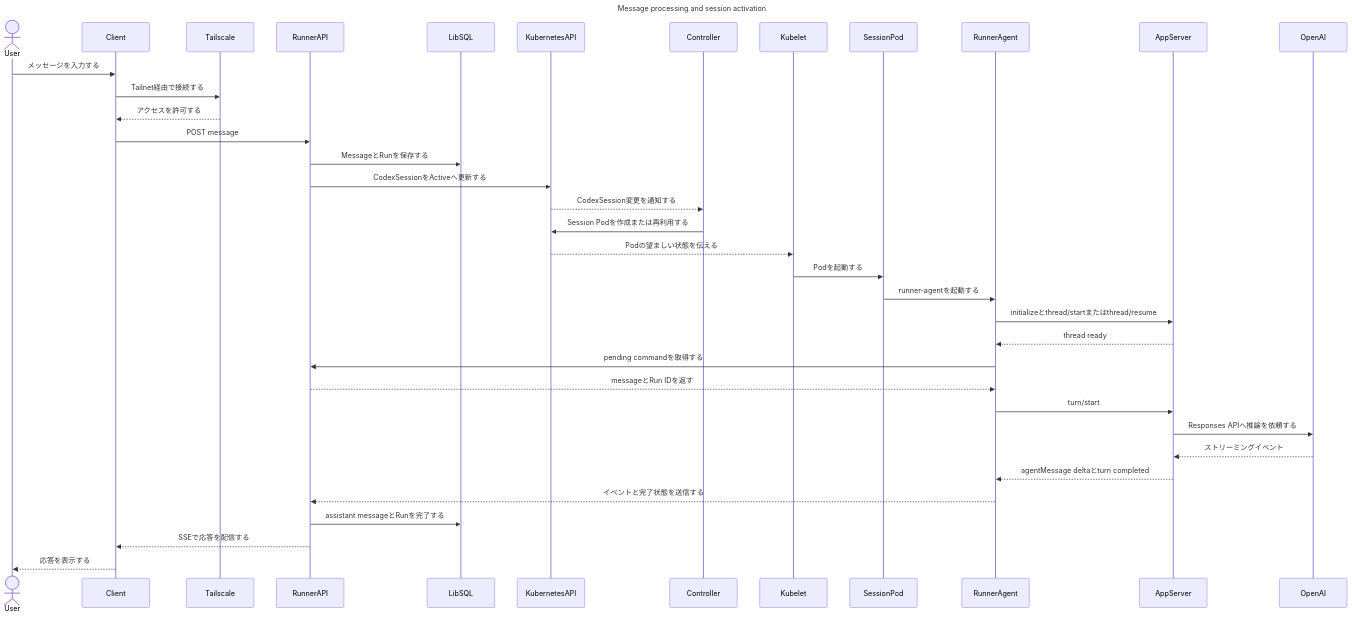
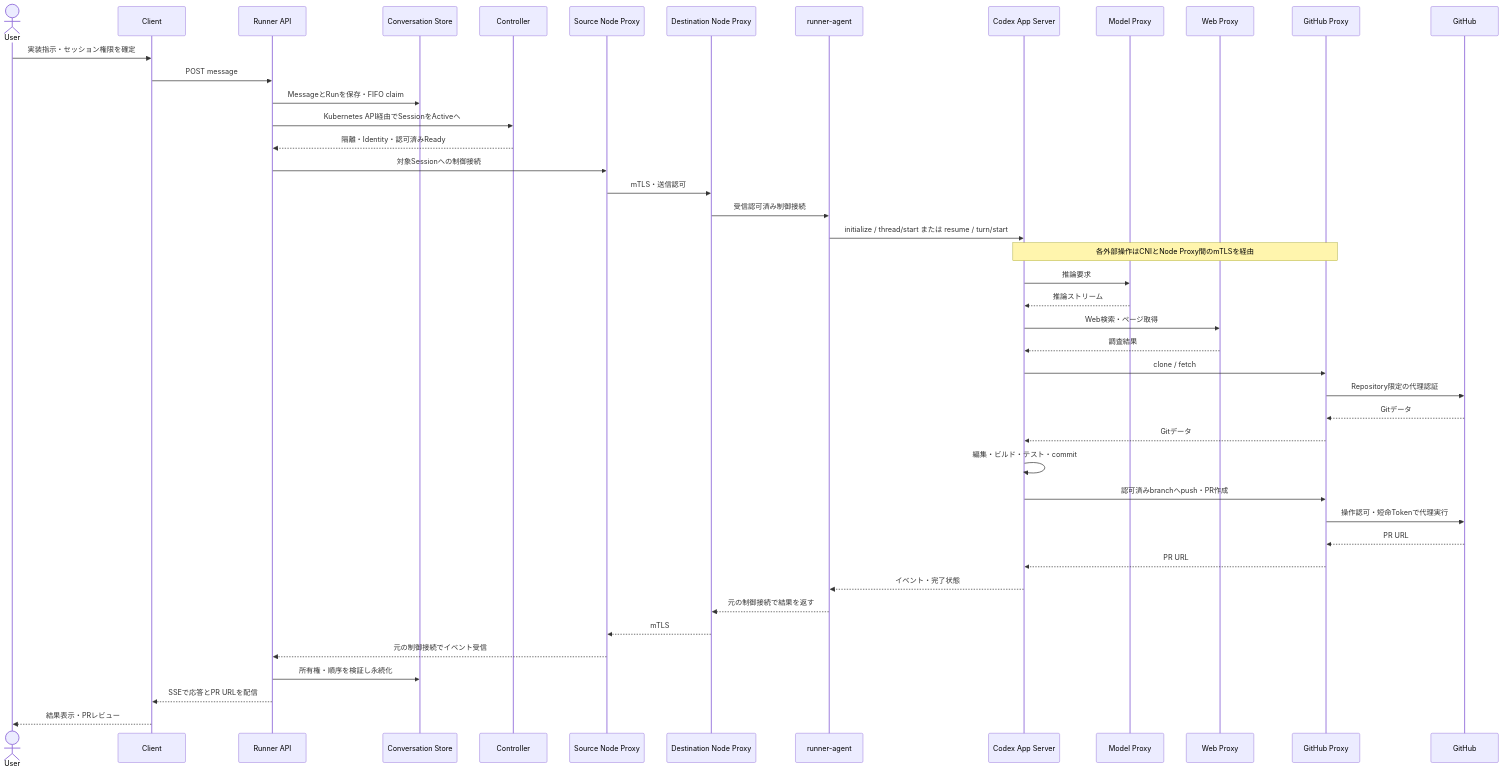
One commit to kimata1007/codex-runner-controller changed the ninth of 10 diagrams in docs/diagrams.md. Above: the diagram before and after it, drawn with Mermaid. The commit also changed other lines of this file, not shown here.

Commit message:
Replace architecture diagrams with zero-trust C4 and deployment views

````diff
--- a/docs/diagrams.md
+++ b/docs/diagrams.md
@@ -163,39 +329,46 @@
 ```mermaid
 sequenceDiagram
-    title Message processing and session activation
     actor User
     participant Client
-    participant Tailscale
-    participant RunnerAPI
-    participant LibSQL
-    participant KubernetesAPI
+    participant API as Runner API
+    participant DB as Conversation Store
     participant Controller
-    participant Kubelet
-    participant SessionPod
-    participant RunnerAgent
-    participant AppServer
-    participant OpenAI
-    User->>Client: メッセージを入力する
-    Client->>Tailscale: Tailnet経由で接続する
-    Tailscale-->>Client: アクセスを許可する
-    Client->>RunnerAPI: POST message
-    RunnerAPI->>LibSQL: MessageとRunを保存する
-    RunnerAPI->>KubernetesAPI: CodexSessionをActiveへ更新する
-    KubernetesAPI-->>Controller: CodexSession変更を通知する
-    Controller->>KubernetesAPI: Session Podを作成または再利用する
-    KubernetesAPI-->>Kubelet: Podの望ましい状態を伝える
-    Kubelet->>SessionPod: Podを起動する
-    SessionPod->>RunnerAgent: runner-agentを起動する
-    RunnerAgent->>AppServer: initializeとthread/startまたはthread/resume
-    AppServer-->>RunnerAgent: thread ready
-    RunnerAgent->>RunnerAPI: pending commandを取得する
-    RunnerAPI-->>RunnerAgent: messageとRun IDを返す
-    RunnerAgent->>AppServer: turn/start
-    AppServer->>OpenAI: Responses APIへ推論を依頼する
-    OpenAI-->>AppServer: ストリーミングイベント
-    AppServer-->>RunnerAgent: agentMessage deltaとturn completed
-    RunnerAgent-->>RunnerAPI: イベントと完了状態を送信する
-    RunnerAPI->>LibSQL: assistant messageとRunを完了する
-    RunnerAPI-->>Client: SSEで応答を配信する
-    Client-->>User: 応答を表示する
+    participant NP1 as Source Node Proxy
+    participant NP2 as Destination Node Proxy
+    participant Agent as runner-agent
+    participant Codex as Codex App Server
+    participant Model as Model Proxy
+    participant Web as Web Proxy
+    participant Git as GitHub Proxy
+    participant GitHub
+    User->>Client: 実装指示・セッション権限を確定
+    Client->>API: POST message
+    API->>DB: MessageとRunを保存・FIFO claim
+    API->>Controller: Kubernetes API経由でSessionをActiveへ
+    Controller-->>API: 隔離・Identity・認可済みReady
+    API->>NP1: 対象Sessionへの制御接続
+    NP1->>NP2: mTLS・送信認可
+    NP2->>Agent: 受信認可済み制御接続
+    Agent->>Codex: initialize / thread/start または resume / turn/start
+    Note over Codex,Git: 各外部操作はCNIとNode Proxy間のmTLSを経由
+    Codex->>Model: 推論要求
+    Model-->>Codex: 推論ストリーム
+    Codex->>Web: Web検索・ページ取得
+    Web-->>Codex: 調査結果
+    Codex->>Git: clone / fetch
+    Git->>GitHub: Repository限定の代理認証
+    GitHub-->>Git: Gitデータ
+    Git-->>Codex: Gitデータ
+    Codex->>Codex: 編集・ビルド・テスト・commit
+    Codex->>Git: 認可済みbranchへpush・PR作成
+    Git->>GitHub: 操作認可・短命Tokenで代理実行
+    GitHub-->>Git: PR URL
+    Git-->>Codex: PR URL
+    Codex-->>Agent: イベント・完了状態
+    Agent-->>NP2: 元の制御接続で結果を返す
+    NP2-->>NP1: mTLS
+    NP1-->>API: 元の制御接続でイベント受信
+    API->>DB: 所有権・順序を検証し永続化
+    API-->>Client: SSEで応答とPR URLを配信
+    Client-->>User: 結果表示・PRレビュー
 ```
````
